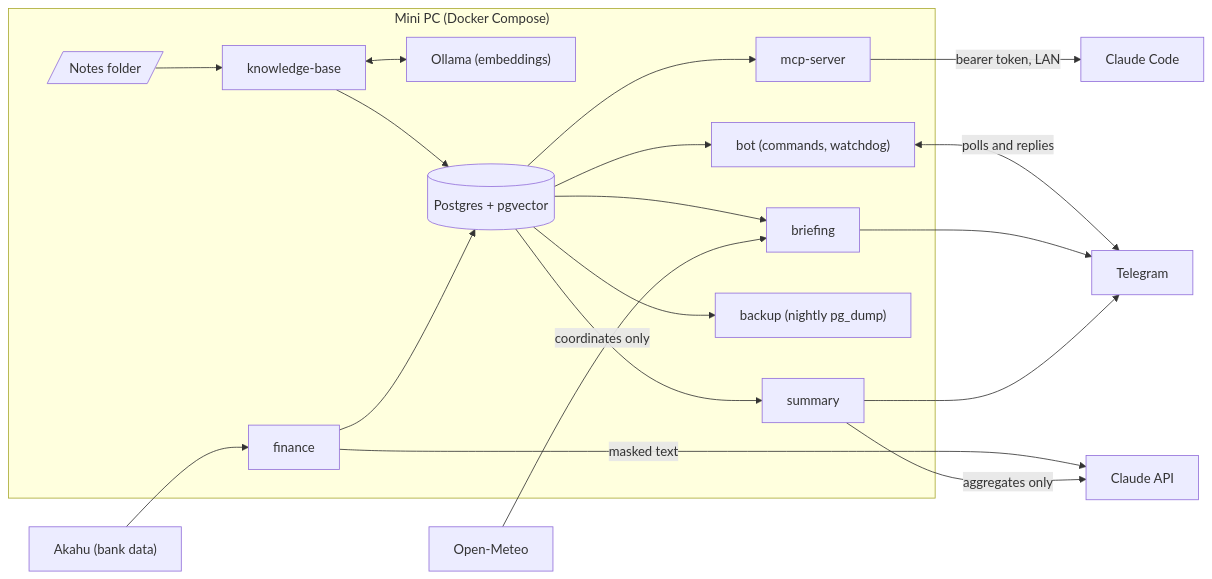
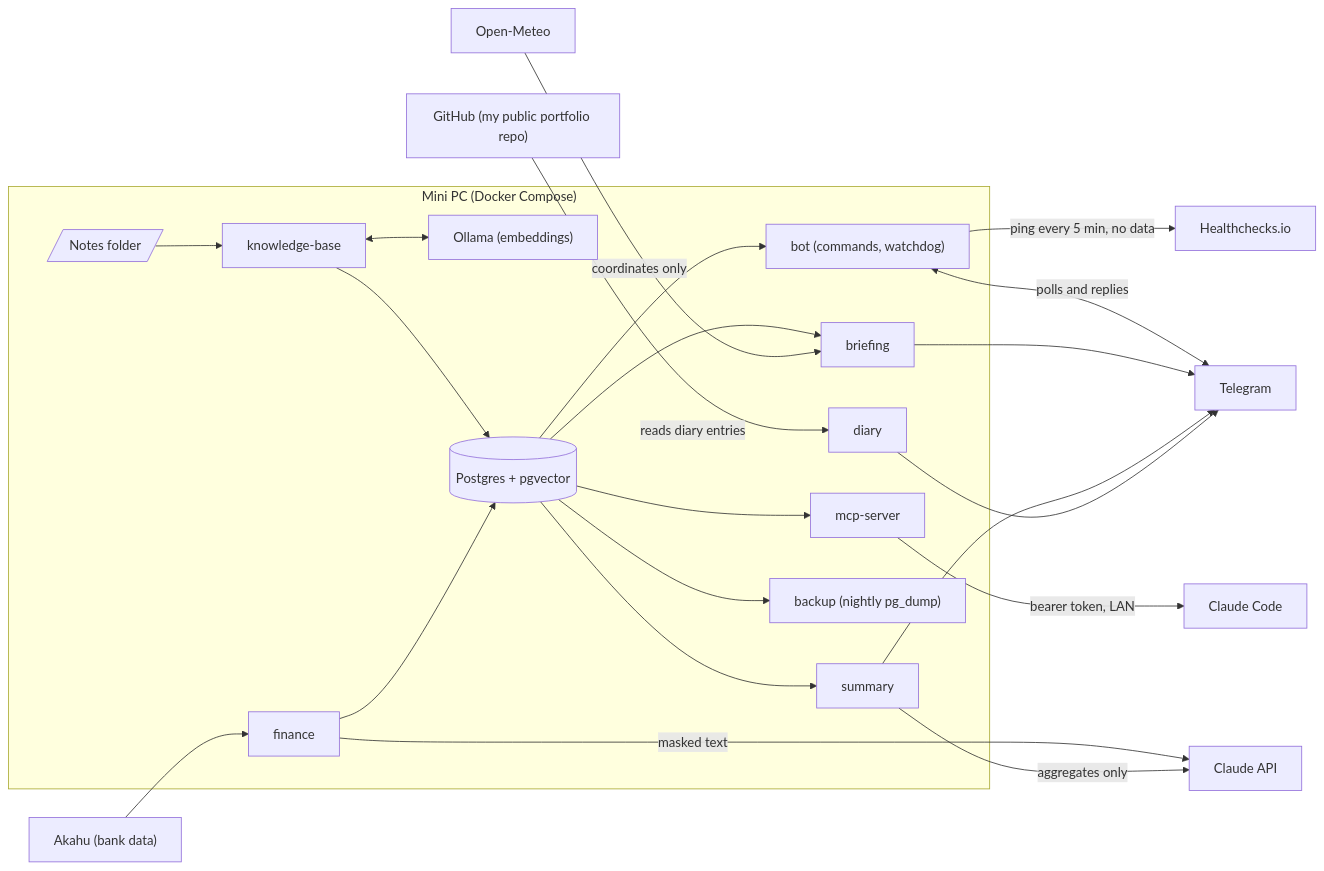
The diagram in README.md (charles-goodsir/personal-ops-platform), drawn with Mermaid before and after one commit. The commit also changed other lines of this file and 4 other files, not shown here.

````diff
--- a/README.md
+++ b/README.md
@@ -15,32 +15,36 @@
 ```mermaid
 flowchart LR
   subgraph home["Mini PC (Docker Compose)"]
     kb["knowledge-base"]
     ollama["Ollama (embeddings)"]
     fin["finance"]
     db[("Postgres + pgvector")]
     mcp["mcp-server"]
     brief["briefing"]
     sum["summary"]
+    diary["diary"]
     backup["backup (nightly pg_dump)"]
     bot["bot (commands, watchdog)"]
     notes[/"Notes folder"/]
   end
   akahu["Akahu (bank data)"] --> fin
   notes --> kb
   kb <--> ollama
   kb --> db
   fin --> db
   fin -- "masked text" --> api["Claude API"]
   db --> mcp
   db --> brief
   db --> sum
   db --> backup
   sum -- "aggregates only" --> api
   weather["Open-Meteo"] -- "coordinates only" --> brief
   mcp -- "bearer token, LAN" --> claude["Claude Code"]
   db --> bot
   bot <-- "polls and replies" --> tg["Telegram"]
   brief --> tg
   sum --> tg
+  diary --> tg
+  gh["GitHub (my public portfolio repo)"] -- "reads diary entries" --> diary
+  bot -- "ping every 5 min, no data" --> hc["Healthchecks.io"]
 ```
````
